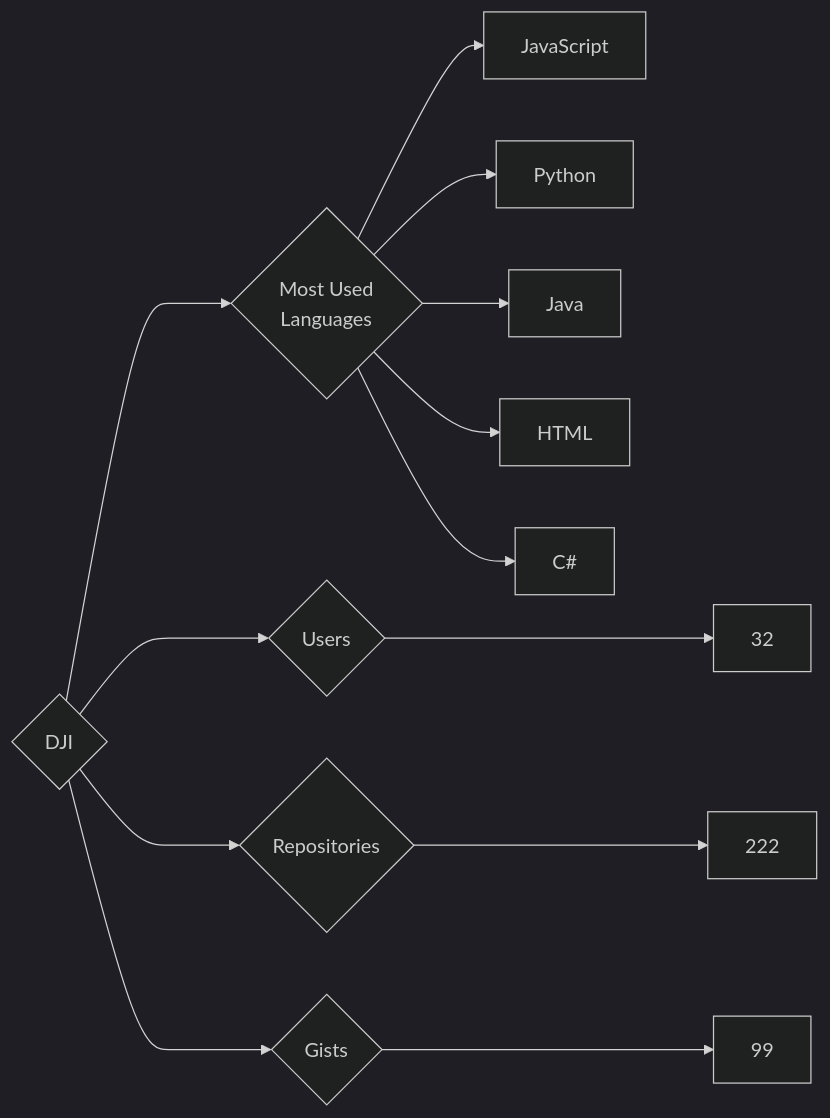
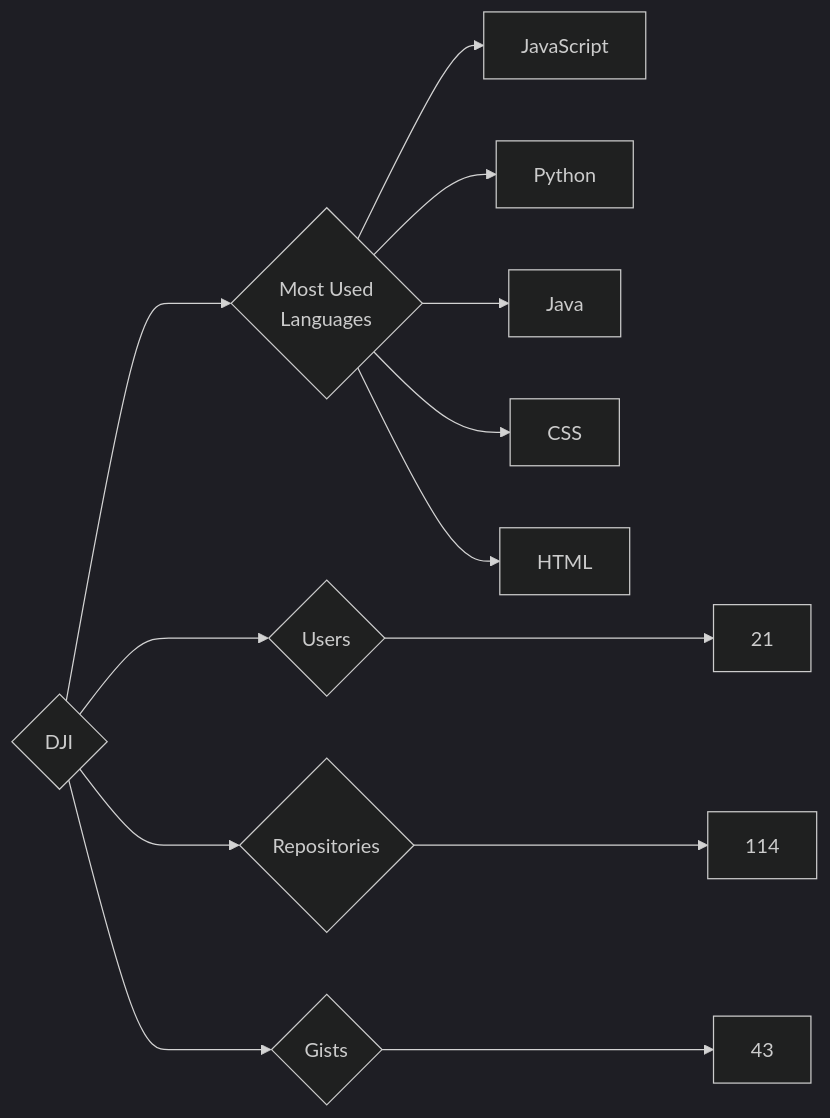
The diagram in targets/DJI/README.md (trickest/insiders), drawn with Mermaid (dark theme) before and after one commit. The commit also changed 681 other files, not shown here.

````diff
--- a/targets/DJI/README.md
+++ b/targets/DJI/README.md
@@ -3,13 +3,13 @@
 ```mermaid
 graph LR
 COMPANY_NAME{DJI}
-COMPANY_NAME ---> U{Users} ---> UN[32]
-COMPANY_NAME ---> R{Repositories} ---> RN[222]
-COMPANY_NAME ---> G{Gists} ---> GN[99]
+COMPANY_NAME ---> U{Users} ---> UN[21]
+COMPANY_NAME ---> R{Repositories} ---> RN[114]
+COMPANY_NAME ---> G{Gists} ---> GN[43]
 COMPANY_NAME ---> ML{Most Used<br>Languages}
 ML --> JavaScript[JavaScript]
 ML --> Python[Python]
 ML --> Java[Java]
+ML --> CSS[CSS]
 ML --> HTML[HTML]
-ML --> C#[C#]
 ```
````
